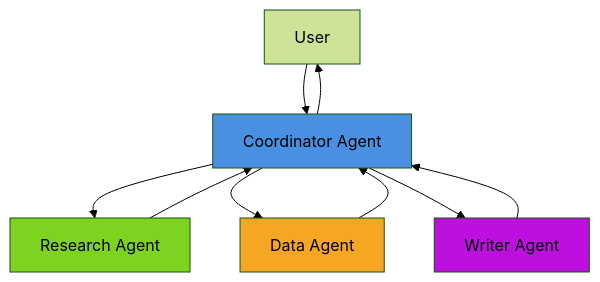
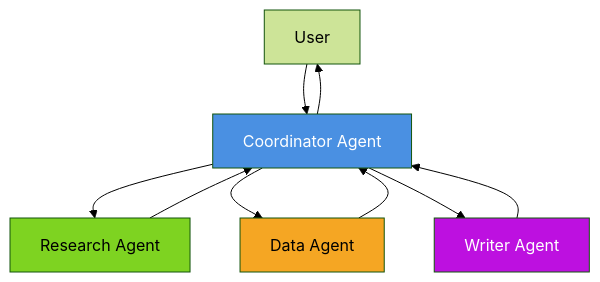
The second of 5 diagrams in lesson-2-multi-agent/tutorial-2/concepts/multi-agent-architecture.md (EideticPleroma/tutorials), drawn with Mermaid (forest theme) before and after one commit. The commit also changed other lines of this file and 7 other files, not shown here.

First line of the commit message:
docs: implement color contrast standards across all diagrams

````diff
--- a/lesson-2-multi-agent/tutorial-2/concepts/multi-agent-architecture.md
+++ b/lesson-2-multi-agent/tutorial-2/concepts/multi-agent-architecture.md
@@ -160,16 +160,16 @@
 ```mermaid
 graph TD
     User[User] --> Coordinator[Coordinator Agent]
     Coordinator --> Worker1[Research Agent]
     Coordinator --> Worker2[Data Agent]
     Coordinator --> Worker3[Writer Agent]
     Worker1 --> Coordinator
     Worker2 --> Coordinator
     Worker3 --> Coordinator
     Coordinator --> User
     
-    style Coordinator fill:#4A90E2
-    style Worker1 fill:#7ED321
-    style Worker2 fill:#F5A623
-    style Worker3 fill:#BD10E0
+    style Coordinator fill:#4A90E2,color:#FFFFFF
+    style Worker1 fill:#7ED321,color:#000000
+    style Worker2 fill:#F5A623,color:#000000
+    style Worker3 fill:#BD10E0,color:#FFFFFF
 ```
````
